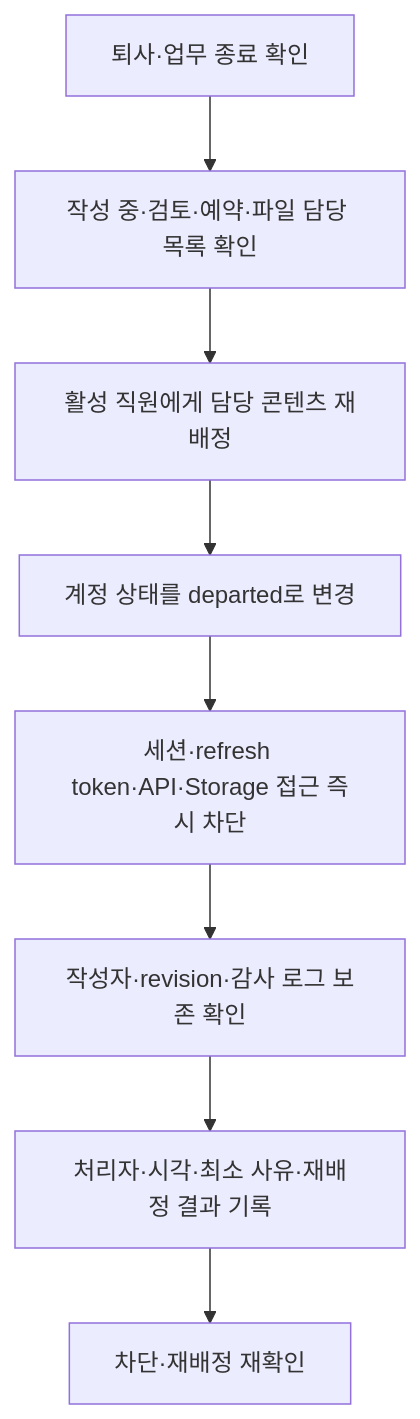
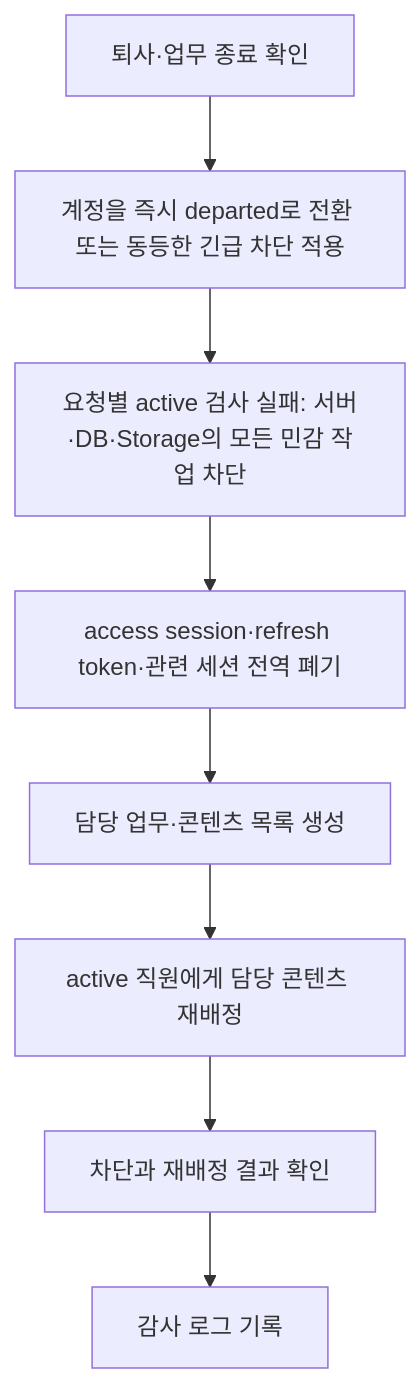
Before and after one commit to cetin072/taejang_homepage: the third of 3 diagrams in docs/ADMIN_PHASE0_TECHNICAL_ARCHITECTURE.md, drawn with Mermaid. The commit also changed other lines of this file, not shown here.

````diff
--- a/docs/ADMIN_PHASE0_TECHNICAL_ARCHITECTURE.md
+++ b/docs/ADMIN_PHASE0_TECHNICAL_ARCHITECTURE.md
@@ -225,10 +234,10 @@
 ```mermaid
 flowchart TD
-  A["퇴사·업무 종료 확인"] --> B["작성 중·검토·예약·파일 담당 목록 확인"]
-  B --> C["활성 직원에게 담당 콘텐츠 재배정"]
-  C --> D["계정 상태를 departed로 변경"]
-  D --> E["세션·refresh token·API·Storage 접근 즉시 차단"]
-  E --> F["작성자·revision·감사 로그 보존 확인"]
-  F --> G["처리자·시각·최소 사유·재배정 결과 기록"]
-  G --> H["차단·재배정 재확인"]
+  A["퇴사·업무 종료 확인"] --> B["계정을 즉시 departed로 전환 또는 동등한 긴급 차단 적용"]
+  B --> C["요청별 active 검사 실패: 서버·DB·Storage의 모든 민감 작업 차단"]
+  C --> D["access session·refresh token·관련 세션 전역 폐기"]
+  D --> E["담당 업무·콘텐츠 목록 생성"]
+  E --> F["active 직원에게 담당 콘텐츠 재배정"]
+  F --> G["차단과 재배정 결과 확인"]
+  G --> H["감사 로그 기록"]
 ```
````
